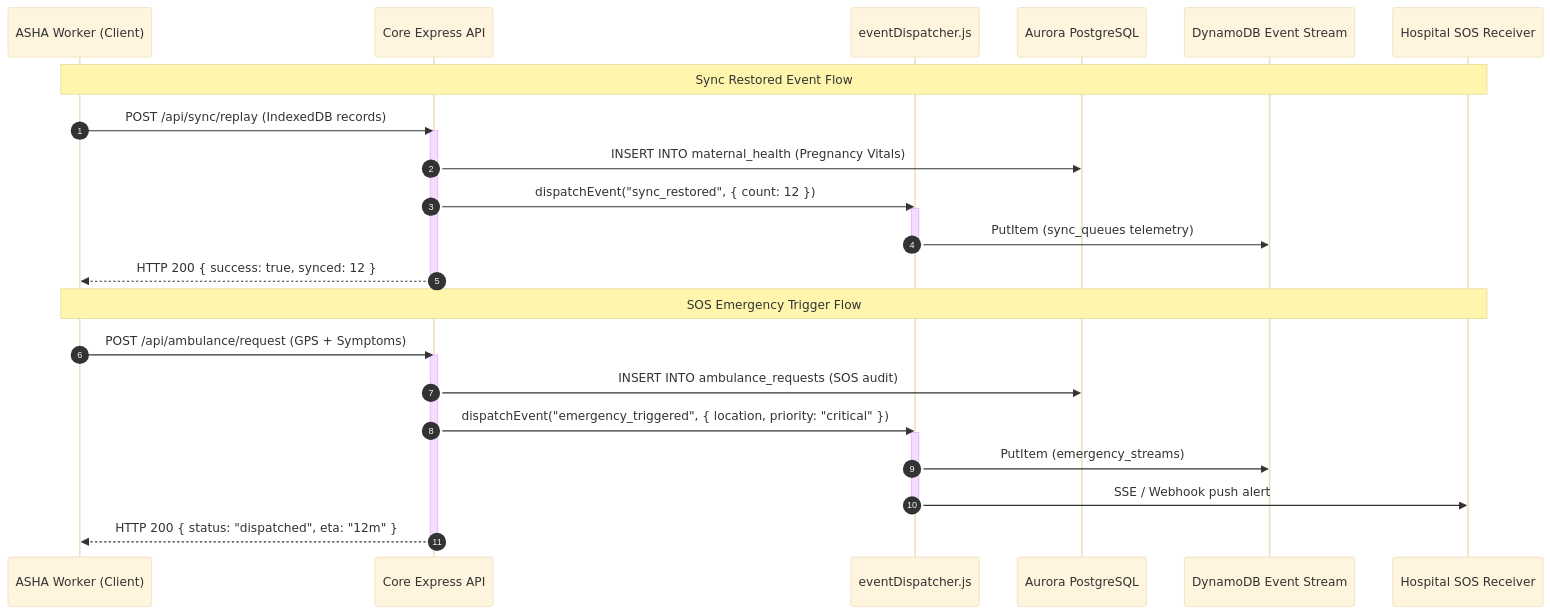
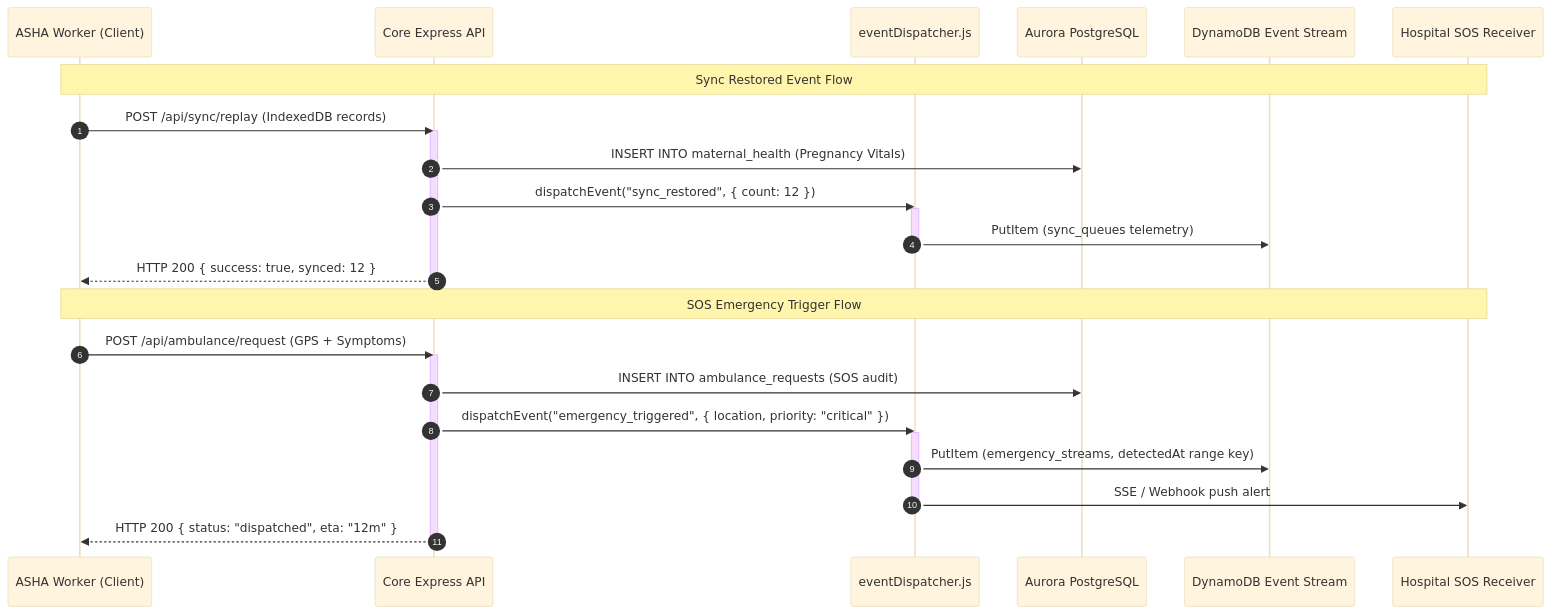
The second of 2 diagrams in README.md (dgboy-ai/SwasthAI-Guardian-Platform), drawn with Mermaid (base theme) before and after one commit. The commit also changed other lines of this file and 9 other files, not shown here.

````diff
--- a/README.md
+++ b/README.md
@@ -253,35 +283,35 @@
 ```mermaid
 sequenceDiagram
   autonumber
   participant ASHA as ASHA Worker (Client)
   participant API as Core Express API
   participant ED as eventDispatcher.js
   participant Aurora as Aurora PostgreSQL
   participant Dynamo as DynamoDB Event Stream
   participant Hospital as Hospital SOS Receiver
 
   %% Event Trigger: Sync Restored
   Note over ASHA, Hospital: Sync Restored Event Flow
   ASHA->>API: POST /api/sync/replay (IndexedDB records)
   activate API
   API->>Aurora: INSERT INTO maternal_health (Pregnancy Vitals)
   API->>ED: dispatchEvent("sync_restored", { count: 12 })
   activate ED
   ED->>Dynamo: PutItem (sync_queues telemetry)
   deactivate ED
   API-->>ASHA: HTTP 200 { success: true, synced: 12 }
   deactivate API
 
   %% Event Trigger: Emergency SOS
   Note over ASHA, Hospital: SOS Emergency Trigger Flow
   ASHA->>API: POST /api/ambulance/request (GPS + Symptoms)
   activate API
   API->>Aurora: INSERT INTO ambulance_requests (SOS audit)
   API->>ED: dispatchEvent("emergency_triggered", { location, priority: "critical" })
   activate ED
-  ED->>Dynamo: PutItem (emergency_streams)
+  ED->>Dynamo: PutItem (emergency_streams, detectedAt range key)
   ED->>Hospital: SSE / Webhook push alert
   deactivate ED
   API-->>ASHA: HTTP 200 { status: "dispatched", eta: "12m" }
   deactivate API
 ```
````
